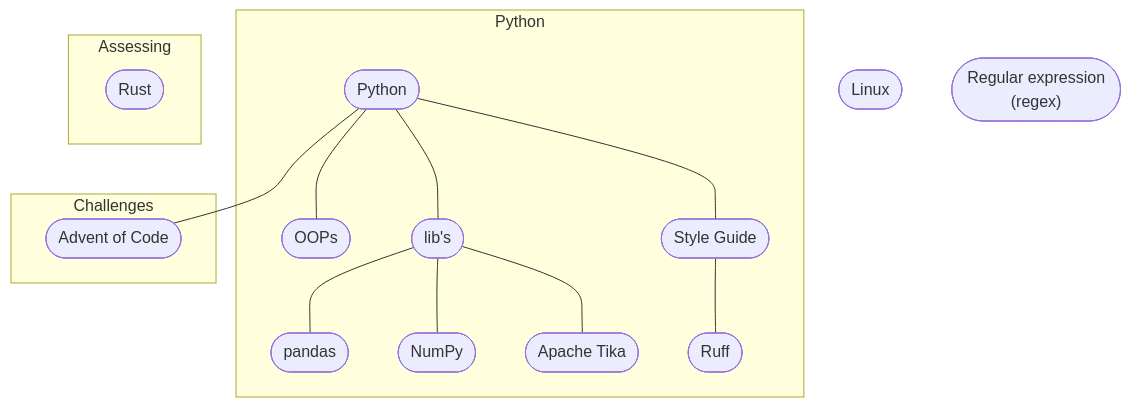
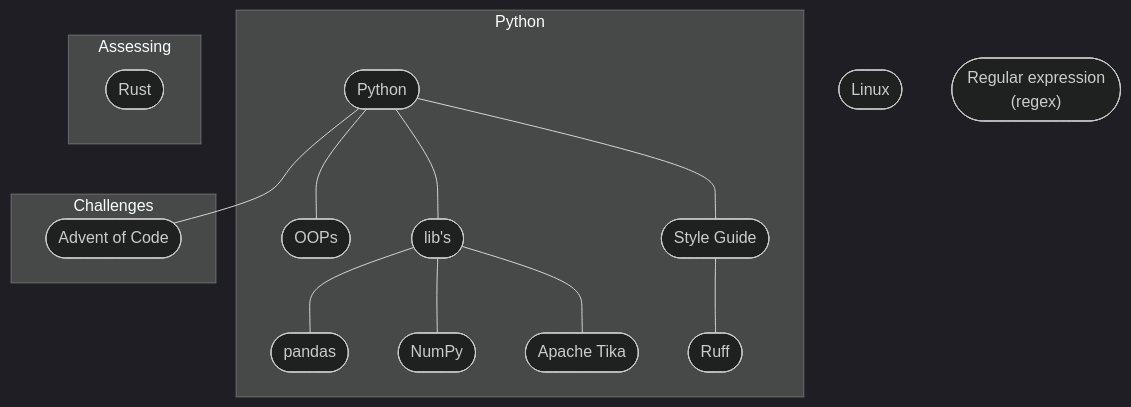
The diagram in README.md (cchristion/sprout), drawn with Mermaid before and after one commit.

Commit message:
Added dark theme

````diff
--- a/README.md
+++ b/README.md
@@ -3,37 +3,38 @@
 ```mermaid
+%%{init: {'theme':'dark'}}%%
 graph TD
 
     subgraph Python
     p1([Python])
 
     p1.1([OOPs])
     p1.2([lib's])
     p1.3([Style Guide])
     p1 --- p1.1
     p1 --- p1.2
     p1 --- p1.3
 
     p1.2.1([pandas])
     p1.2.2([NumPy])
     p1.2.3([Apache Tika])
     p1.2 --- p1.2.1
     p1.2 --- p1.2.2
     p1.2 --- p1.2.3
 
     p1.3.1([Ruff])
     p1.3 --- p1.3.1
     end
 
     subgraph Assessing 
     r1([Rust])
     end
 
     subgraph Challenges
     aoc([Advent of Code])
     p1 --- aoc
     end
 
     l1([Linux])
     o1(["Regular expression
     (regex)"])
 ```
````
